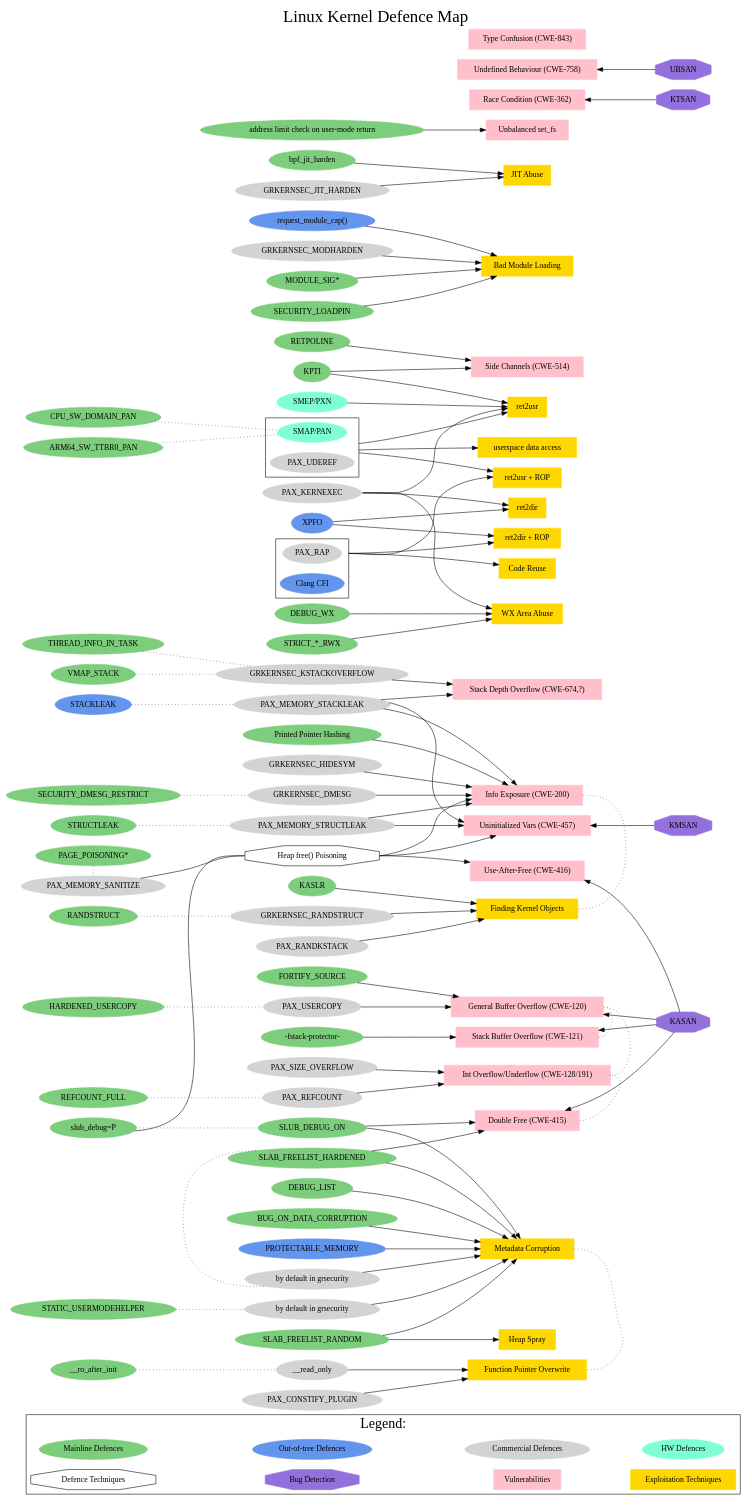
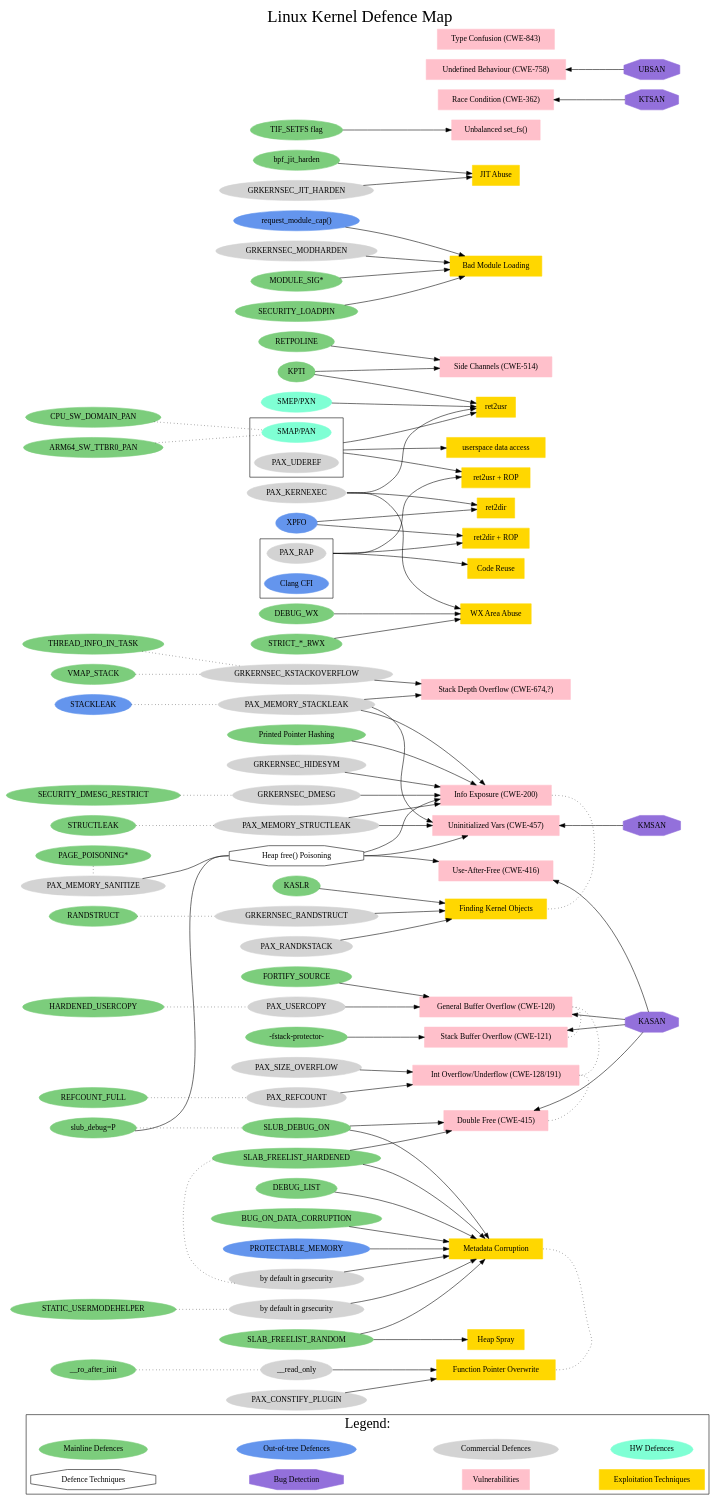
One commit to a13xp0p0v/linux-kernel-defence-map changed the diagram in linux-kernel-defence-map.dot. Above: the diagram before and after it, drawn with Graphviz.

Commit message:
Use "TIF_SETFS flag" for easier grep

```diff
--- a/linux-kernel-defence-map.dot
+++ b/linux-kernel-defence-map.dot
@@ -85,7 +85,7 @@
     "SECURITY_LOADPIN";
     "RETPOLINE";
     "bpf_jit_harden";
-    "address limit check on user-mode return";  // Arch specific, e.g, https://patchwork.kernel.org/patch/9787781/
+    "TIF_SETFS flag";
 
     // Out-of-tree Defences
     node [shape=oval, color=cornflowerblue];
@@ -197,7 +197,7 @@
     "Undefined Behaviour (CWE-758)";
     "Type Confusion (CWE-843)";
     "Side Channels (CWE-514)";
-    "Unbalanced set_fs";
+    "Unbalanced set_fs()";
 
     // Exploitation Techniques
     node [shape=box, color=gold];
@@ -279,6 +279,8 @@
   "KPTI" -> "Side Channels (CWE-514)";
   "RETPOLINE" -> "Side Channels (CWE-514)";
 
+  "TIF_SETFS flag" -> "Unbalanced set_fs()";
+
   "DEBUG_LIST" -> "Metadata Corruption";
   "BUG_ON_DATA_CORRUPTION" -> "Metadata Corruption";
   "SLUB_DEBUG_ON" -> "Metadata Corruption";
@@ -326,6 +328,4 @@
   "MODULE_SIG*" -> "Bad Module Loading";
   "SECURITY_LOADPIN" -> "Bad Module Loading";
   "request_module_cap()" -> "Bad Module Loading";
-
-  "address limit check on user-mode return" -> "Unbalanced set_fs";
 }
```
